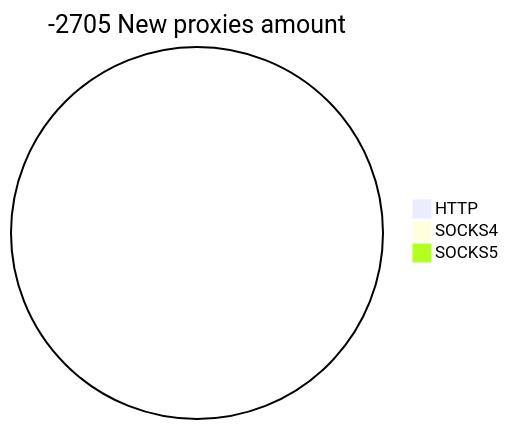
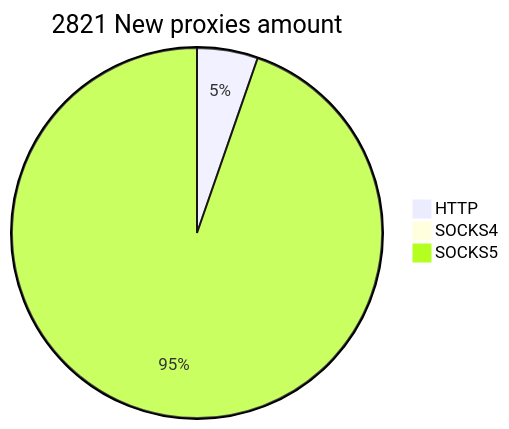
Before and after one commit to cutipu/proxylist: the second of 2 diagrams in README.md, drawn with Mermaid. The commit also changed other lines of this file, not shown here.

````diff
--- a/README.md
+++ b/README.md
@@ -10,6 +10,6 @@
 ```mermaid
-pie title -2705 New proxies amount
-    "HTTP" : 0
+pie title 2821 New proxies amount
+    "HTTP" : 150
     "SOCKS4" : 0
-    "SOCKS5" : 0
+    "SOCKS5" : 2672
 ```
````
